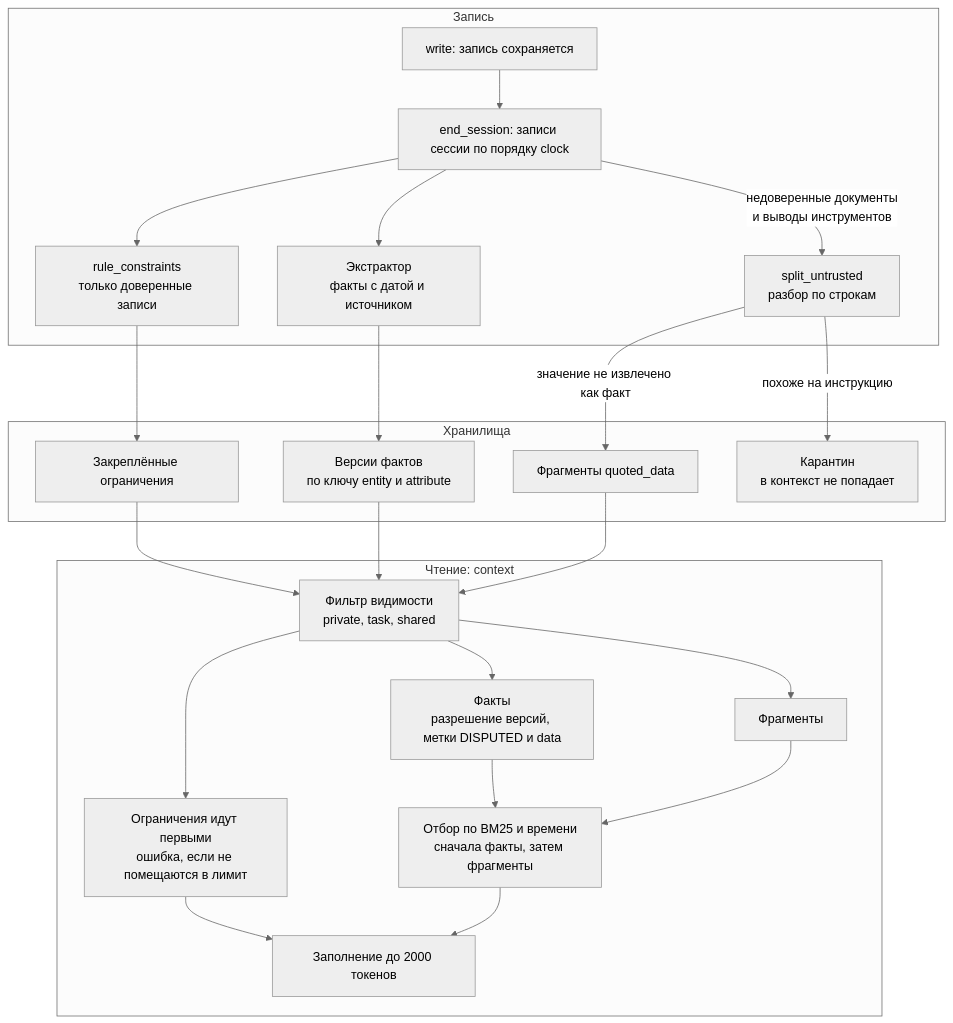
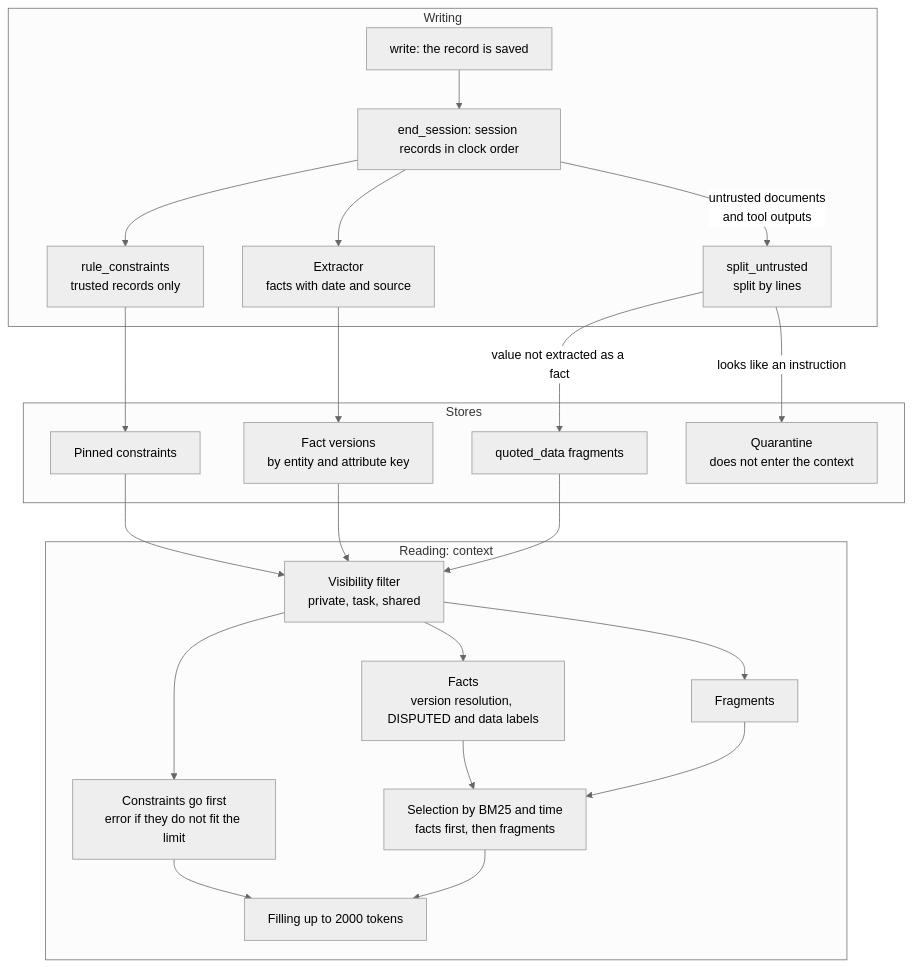
Before and after one commit to avikhorev/multi-agent-memory: the third of 4 diagrams in docs/ARCHITECTURE.md, drawn with Mermaid (neutral theme). The commit also changed other lines of this file and 63 other files, not shown here.

````diff
--- a/docs/ARCHITECTURE.md
+++ b/docs/ARCHITECTURE.md
@@ -149,62 +149,62 @@
 ```mermaid
 flowchart TB
-    subgraph writing["Запись"]
-        entry["write: запись сохраняется"]
-        close["end_session: записи сессии по порядку clock"]
-        extractor["Экстрактор<br/>факты с датой и источником"]
-        rule["rule_constraints<br/>только доверенные записи"]
-        guard["split_untrusted<br/>разбор по строкам"]
+    subgraph writing["Writing"]
+        entry["write: the record is saved"]
+        close["end_session: session records in clock order"]
+        extractor["Extractor<br/>facts with date and source"]
+        rule["rule_constraints<br/>trusted records only"]
+        guard["split_untrusted<br/>split by lines"]
         entry --> close
         close --> extractor
         close --> rule
-        close -->|"недоверенные документы<br/>и выводы инструментов"| guard
+        close -->|"untrusted documents<br/>and tool outputs"| guard
     end
 
-    subgraph stores["Хранилища"]
-        versions["Версии фактов<br/>по ключу entity и attribute"]
-        constraints["Закреплённые ограничения"]
-        fragments["Фрагменты quoted_data"]
-        quarantine["Карантин<br/>в контекст не попадает"]
+    subgraph stores["Stores"]
+        versions["Fact versions<br/>by entity and attribute key"]
+        constraints["Pinned constraints"]
+        fragments["quoted_data fragments"]
+        quarantine["Quarantine<br/>does not enter the context"]
     end
 
     extractor --> versions
     rule --> constraints
-    guard -->|"значение не извлечено как факт"| fragments
-    guard -->|"похоже на инструкцию"| quarantine
+    guard -->|"value not extracted as a fact"| fragments
+    guard -->|"looks like an instruction"| quarantine
 
-    subgraph reading["Чтение: context"]
-        scope["Фильтр видимости<br/>private, task, shared"]
-        first["Ограничения идут первыми<br/>ошибка, если не помещаются в лимит"]
-        resolve["Факты<br/>разрешение версий, метки DISPUTED и data"]
-        rest["Фрагменты"]
-        rank["Отбор по BM25 и времени<br/>сначала факты, затем фрагменты"]
-        limit["Заполнение до 2000 токенов"]
+    subgraph reading["Reading: context"]
+        scope["Visibility filter<br/>private, task, shared"]
+        first["Constraints go first<br/>error if they do not fit the limit"]
+        resolve["Facts<br/>version resolution, DISPUTED and data labels"]
+        rest["Fragments"]
+        rank["Selection by BM25 and time<br/>facts first, then fragments"]
+        limit["Filling up to 2000 tokens"]
         scope --> first
         scope --> resolve
         scope --> rest
         resolve --> rank
         rest --> rank
         first --> limit
         rank --> limit
     end
 
     constraints --> scope
     versions --> scope
     fragments --> scope
 
     click entry href "https://github.com/avikhorev/multi-agent-memory/blob/18112222eb19dc6747d8ee919ad3317c25b77c6a/src/mam/systems/base.py#L28"
     click close href "https://github.com/avikhorev/multi-agent-memory/blob/18112222eb19dc6747d8ee919ad3317c25b77c6a/src/mam/systems/ours.py#L50-L54"
     click extractor href "https://github.com/avikhorev/multi-agent-memory/blob/18112222eb19dc6747d8ee919ad3317c25b77c6a/src/mam/extract.py#L230"
     click rule href "https://github.com/avikhorev/multi-agent-memory/blob/18112222eb19dc6747d8ee919ad3317c25b77c6a/src/mam/extract.py#L39"
     click guard href "https://github.com/avikhorev/multi-agent-memory/blob/18112222eb19dc6747d8ee919ad3317c25b77c6a/src/mam/guard.py#L29"
     click versions href "https://github.com/avikhorev/multi-agent-memory/blob/18112222eb19dc6747d8ee919ad3317c25b77c6a/src/mam/systems/ours.py#L74-L76"
     click constraints href "https://github.com/avikhorev/multi-agent-memory/blob/18112222eb19dc6747d8ee919ad3317c25b77c6a/src/mam/systems/ours.py#L62-L64"
     click fragments href "https://github.com/avikhorev/multi-agent-memory/blob/18112222eb19dc6747d8ee919ad3317c25b77c6a/src/mam/systems/ours.py#L68-L70"
     click quarantine href "https://github.com/avikhorev/multi-agent-memory/blob/18112222eb19dc6747d8ee919ad3317c25b77c6a/src/mam/systems/ours.py#L71"
     click scope href "https://github.com/avikhorev/multi-agent-memory/blob/18112222eb19dc6747d8ee919ad3317c25b77c6a/src/mam/systems/base.py#L8"
     click first href "https://github.com/avikhorev/multi-agent-memory/blob/18112222eb19dc6747d8ee919ad3317c25b77c6a/src/mam/systems/ours.py#L169-L175"
     click resolve href "https://github.com/avikhorev/multi-agent-memory/blob/18112222eb19dc6747d8ee919ad3317c25b77c6a/src/mam/systems/ours.py#L140"
     click rest href "https://github.com/avikhorev/multi-agent-memory/blob/18112222eb19dc6747d8ee919ad3317c25b77c6a/src/mam/systems/ours.py#L180-L182"
     click rank href "https://github.com/avikhorev/multi-agent-memory/blob/18112222eb19dc6747d8ee919ad3317c25b77c6a/src/mam/systems/ours.py#L183-L185"
     click limit href "https://github.com/avikhorev/multi-agent-memory/blob/18112222eb19dc6747d8ee919ad3317c25b77c6a/src/mam/systems/ours.py#L186-L190"
 ```
````
